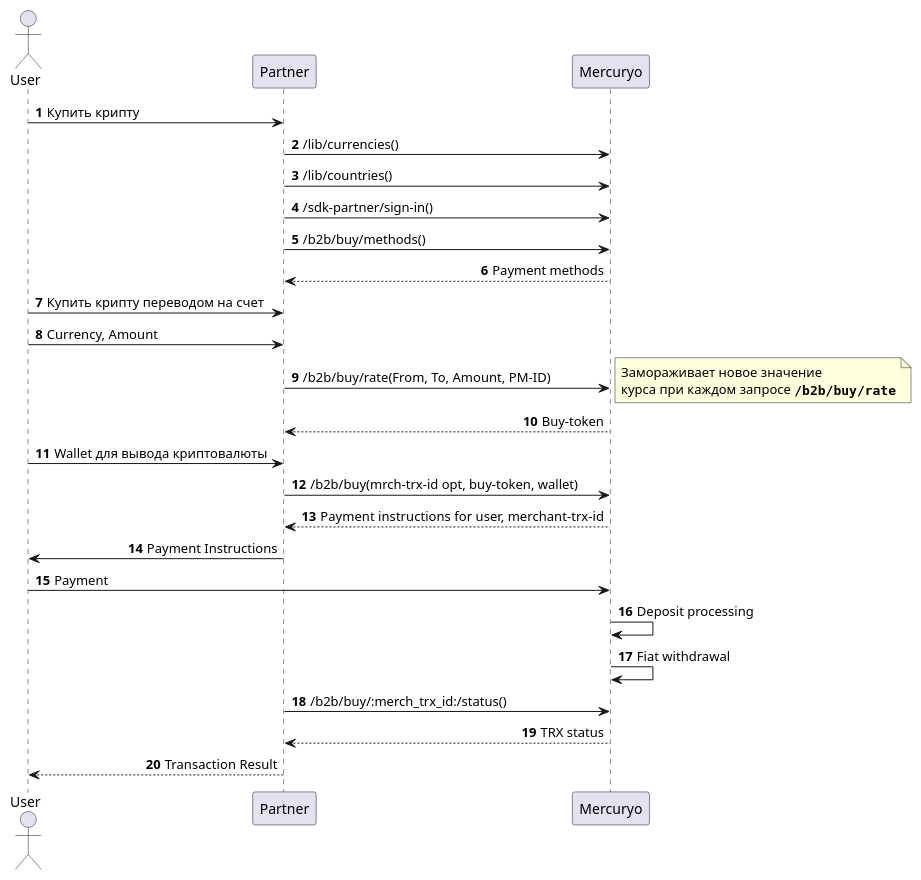
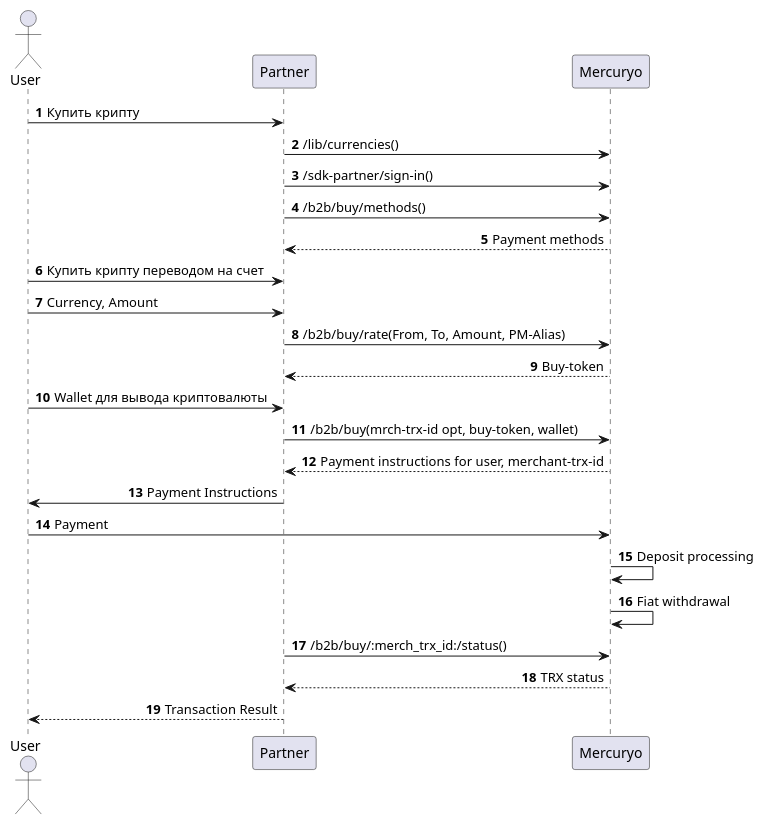
The diagram in 2 Buy Invoice/:b2b:iban:invoice.puml (mercuryoio/BAAS-API), drawn with PlantUML before and after one commit. The commit also changed 5 other files, not shown here.

```diff
--- a/2 Buy Invoice/:b2b:iban:invoice.puml
+++ b/2 Buy Invoice/:b2b:iban:invoice.puml
@@ -1,40 +1,35 @@
 @startuml
 ' This UML source uses PlantUML format.
 ' https://plantuml.com/sequence-diagram for syntax details.
 ' Optional styles
 
 skinparam shadowing false
 skinparam SequenceMessageAlign direction
 
 autonumber
 
 actor User as user
 participant "Partner" as part
 participant "Mercuryo" as merc
 
 user -> part: Купить крипту
 part -> merc: /lib/currencies()
-part -> merc: /lib/countries()
 part -> merc: /sdk-partner/sign-in()
 part -> merc: /b2b/buy/methods()
 merc --> part: Payment methods
 user -> part: Купить крипту переводом на счет
 user -> part: Currency, Amount
-part -> merc: /b2b/buy/rate(From, To, Amount, PM-ID)
-note right
-Замораживает новое значение
-курса при каждом запросе **""/b2b/buy/rate""**
-end note
+part -> merc: /b2b/buy/rate(From, To, Amount, PM-Alias)
 merc --> part: Buy-token
 user -> part: Wallet для вывода криптовалюты
 part -> merc: /b2b/buy(mrch-trx-id opt, buy-token, wallet)
 merc --> part: Payment instructions for user, merchant-trx-id
 part -> user: Payment Instructions
 user -> merc: Payment
 merc -> merc: Deposit processing
 merc -> merc: Fiat withdrawal
 part -> merc: /b2b/buy/:merch_trx_id:/status()
 merc --> part: TRX status
 part --> user: Transaction Result
 
 @enduml
```
